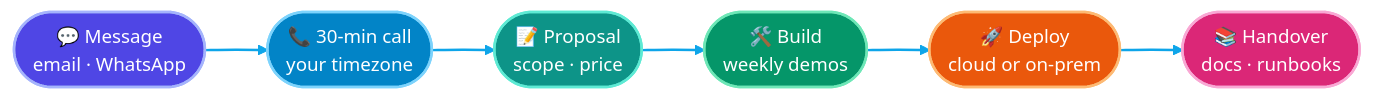
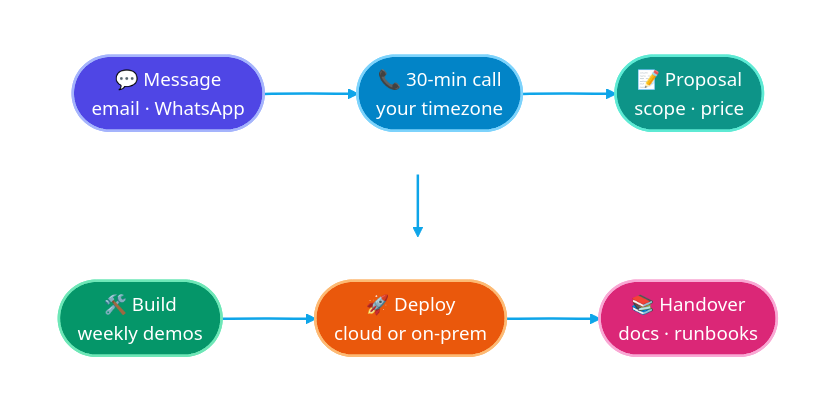
One commit to flowser/flowser changed the seventh of 7 diagrams in README.md. Above: the diagram before and after it, drawn with Mermaid. The commit also changed other lines of this file, not shown here.

Commit message:
Fix timeline theme line; process diagram in two rows

````diff
--- a/README.md
+++ b/README.md
@@ -480,16 +480,22 @@
 ```mermaid
 %%{init: {'theme':'base','themeVariables':{'fontSize':'15px','primaryColor':'#16162a','primaryTextColor':'#f0f0ff','primaryBorderColor':'#4f46e5','lineColor':'#0ea5e9','edgeLabelBackground':'#16162a'}}}%%
-flowchart LR
-  A(["💬 Message<br/>email · WhatsApp"]):::s1 --> B(["📞 30-min call<br/>your timezone"]):::s2
-  B --> C(["📝 Proposal<br/>scope · price"]):::s3
-  C --> D(["🛠️ Build<br/>weekly demos"]):::s4
-  D --> E(["🚀 Deploy<br/>cloud or on-prem"]):::s5
-  E --> F(["📚 Handover<br/>docs · runbooks"]):::s6
+flowchart TB
+  subgraph r1[" "]
+    direction LR
+    A(["💬 Message<br/>email · WhatsApp"]):::s1 --> B(["📞 30-min call<br/>your timezone"]):::s2 --> C(["📝 Proposal<br/>scope · price"]):::s3
+  end
+  subgraph r2[" "]
+    direction LR
+    D(["🛠️ Build<br/>weekly demos"]):::s4 --> E(["🚀 Deploy<br/>cloud or on-prem"]):::s5 --> F(["📚 Handover<br/>docs · runbooks"]):::s6
+  end
+  r1 --> r2
+  style r1 fill:transparent,stroke:transparent
+  style r2 fill:transparent,stroke:transparent
   classDef s1 fill:#4f46e5,stroke:#a5b4fc,stroke-width:2px,color:#ffffff
   classDef s2 fill:#0284c7,stroke:#7dd3fc,stroke-width:2px,color:#ffffff
   classDef s3 fill:#0d9488,stroke:#5eead4,stroke-width:2px,color:#ffffff
   classDef s4 fill:#059669,stroke:#6ee7b7,stroke-width:2px,color:#ffffff
   classDef s5 fill:#ea580c,stroke:#fdba74,stroke-width:2px,color:#ffffff
   classDef s6 fill:#db2777,stroke:#f9a8d4,stroke-width:2px,color:#ffffff
   linkStyle default stroke:#0ea5e9,stroke-width:2px
 ```
````
